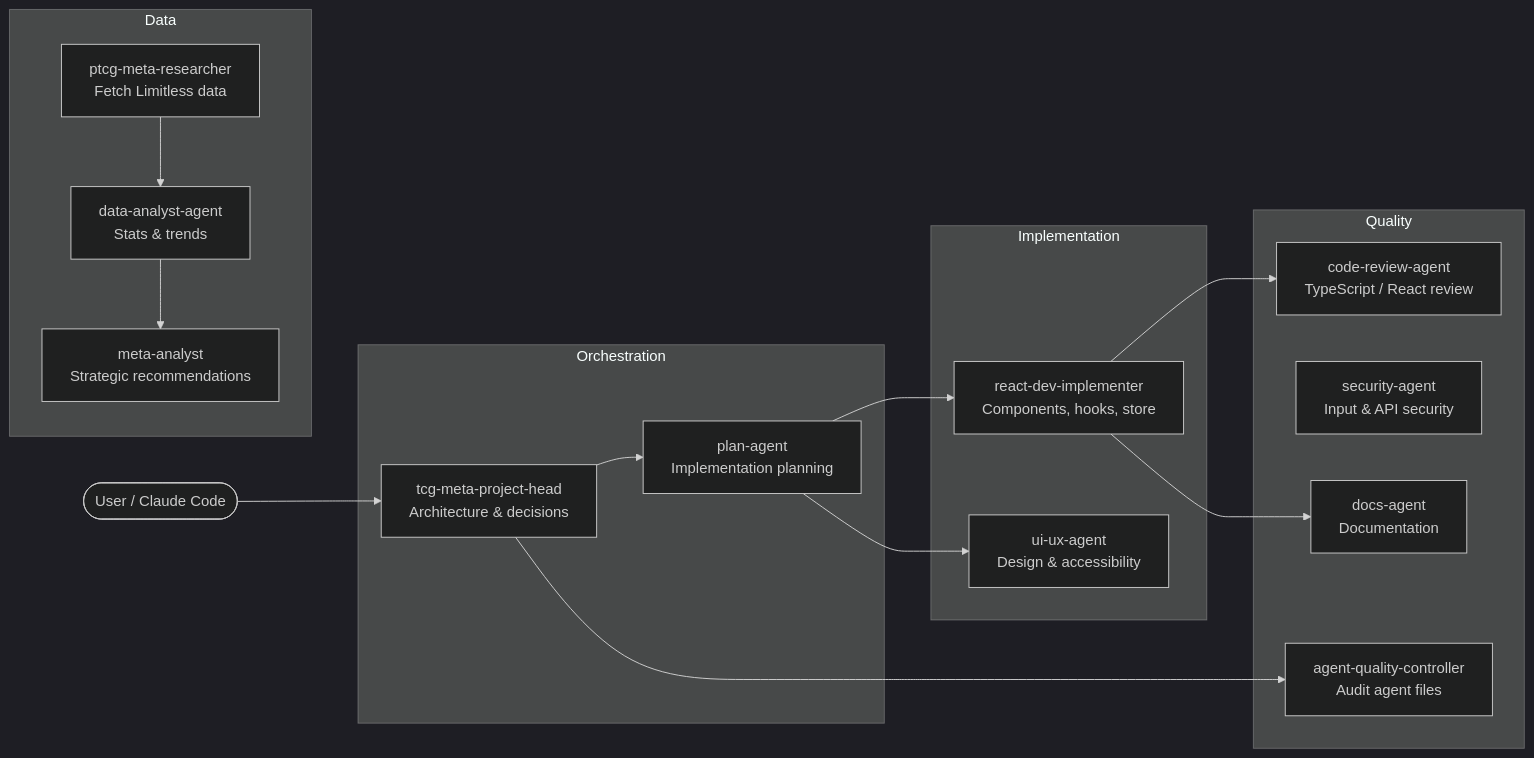
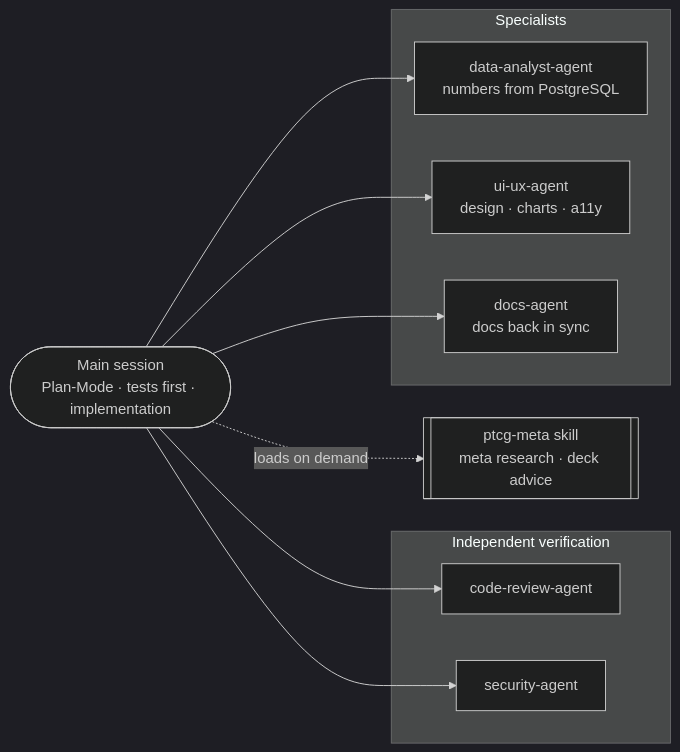
One commit to konradthiemann/Pokekon changed the diagram in docs/agents.md. Above: the diagram before and after it, drawn with Mermaid (dark theme). The commit also changed other lines of this file and 31 other files, not shown here.

First line of the commit message:
chore(agents): replace role agents with on-demand ptcg-meta skill

````diff
--- a/docs/agents.md
+++ b/docs/agents.md
@@ -9,37 +13,22 @@
 ```mermaid
 flowchart LR
-    User(["User / Claude Code"])
+    Main(["Main session<br/>Plan-Mode · tests first · implementation"])
 
-    subgraph Orchestration
-        ProjectHead["tcg-meta-project-head\nArchitecture &amp; decisions"]
-        PlanAgent["plan-agent\nImplementation planning"]
+    subgraph Verify["Independent verification"]
+        CodeReview["code-review-agent"]
+        Security["security-agent"]
     end
+    subgraph Specialists["Specialists"]
+        DataAnalyst["data-analyst-agent<br/>numbers from PostgreSQL"]
+        UIUX["ui-ux-agent<br/>design · charts · a11y"]
+        DocsAgent["docs-agent<br/>docs back in sync"]
+    end
+    Skill[["ptcg-meta skill<br/>meta research · deck advice"]]
 
-    subgraph Implementation
-        ReactDev["react-dev-implementer\nComponents, hooks, store"]
-        UIUX["ui-ux-agent\nDesign &amp; accessibility"]
-    end
-
-    subgraph Data
-        MetaResearcher["ptcg-meta-researcher\nFetch Limitless data"]
-        DataAnalyst["data-analyst-agent\nStats &amp; trends"]
-        MetaAnalyst["meta-analyst\nStrategic recommendations"]
-    end
-
-    subgraph Quality
-        CodeReview["code-review-agent\nTypeScript / React review"]
-        Security["security-agent\nInput &amp; API security"]
-        DocsAgent["docs-agent\nDocumentation"]
-        AQC["agent-quality-controller\nAudit agent files"]
-    end
-
-    User --> ProjectHead
-    ProjectHead --> PlanAgent
-    PlanAgent --> ReactDev
-    PlanAgent --> UIUX
-    ReactDev --> CodeReview
-    ReactDev --> DocsAgent
-    MetaResearcher --> DataAnalyst
-    DataAnalyst --> MetaAnalyst
-    ProjectHead --> AQC
+    Main --> CodeReview
+    Main --> Security
+    Main --> DataAnalyst
+    Main --> UIUX
+    Main --> DocsAgent
+    Main -.loads on demand.-> Skill
 ```
````
